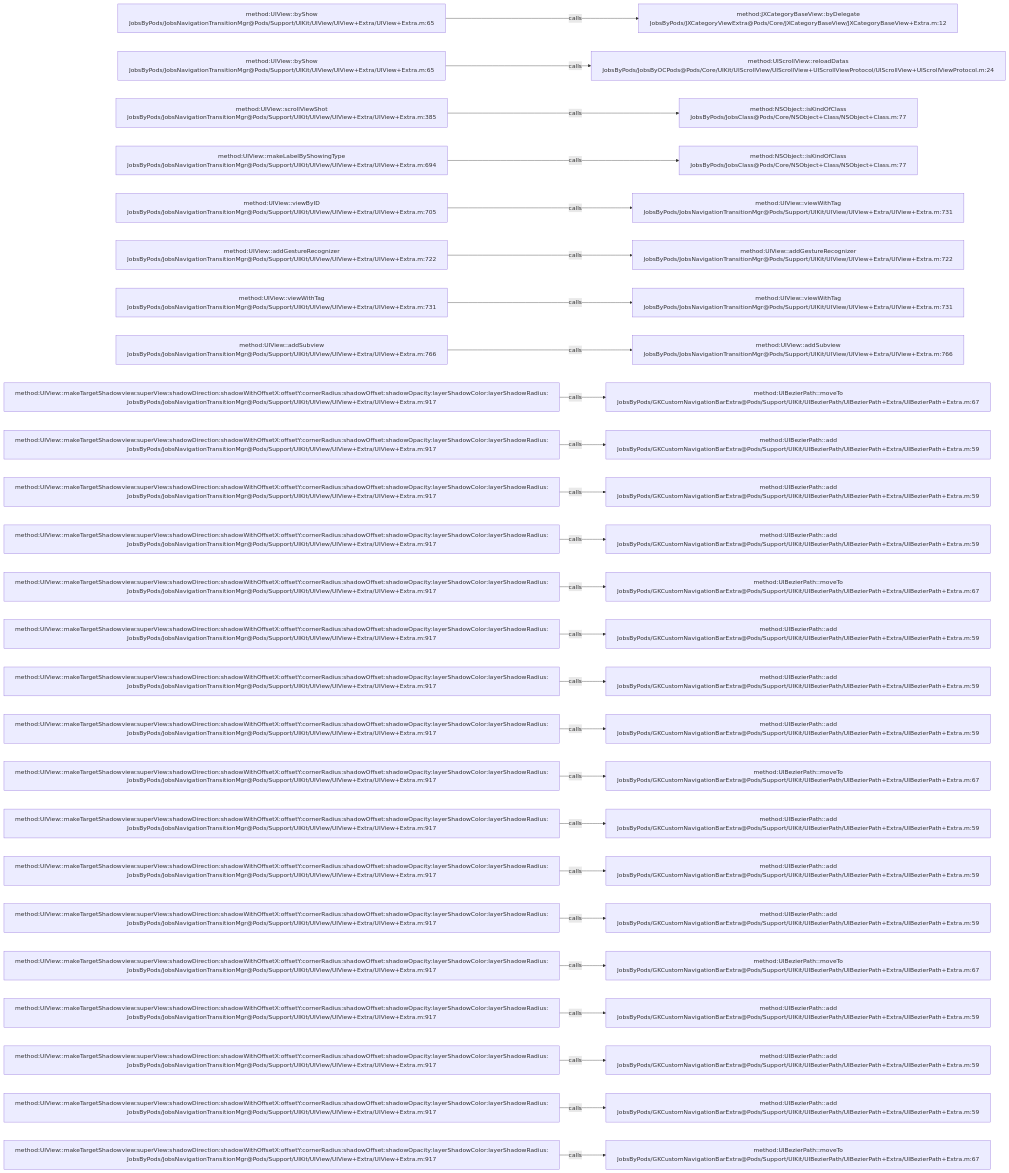
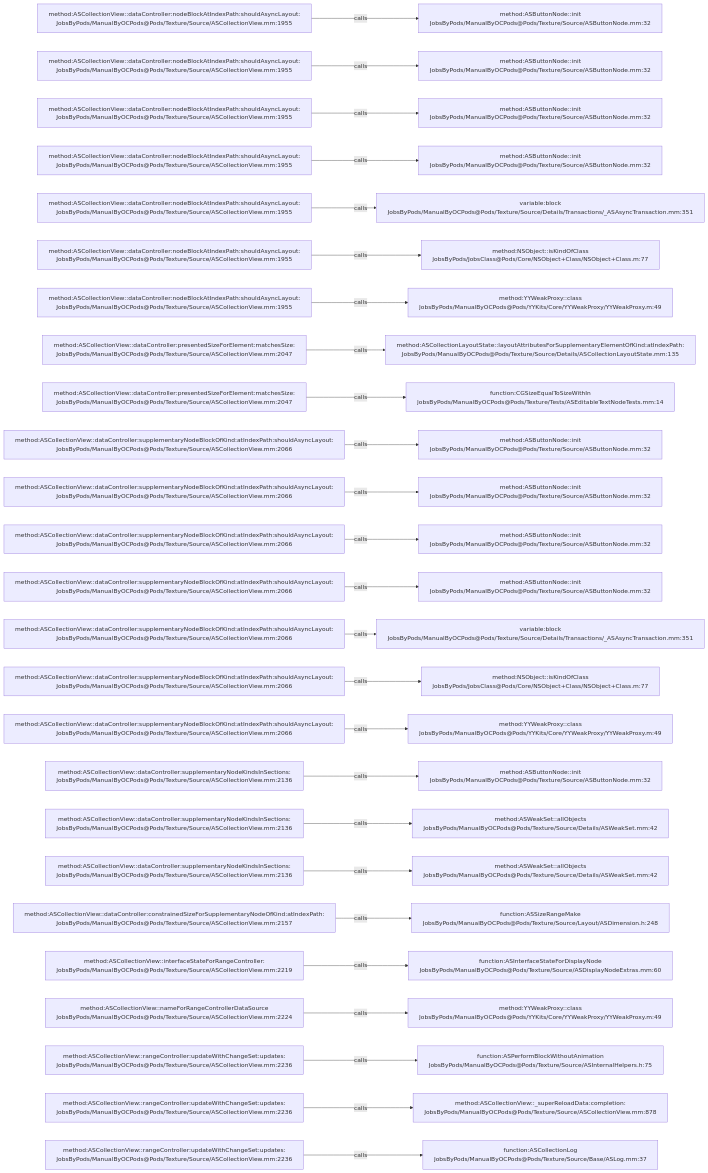
Before and after one commit to JobsKits/JobsOCBaseConfigDemo: the diagram in .codegraph/codegraph.md/graphs/calls-091.md, drawn with Mermaid. The commit also changed 2162 other files, not shown here.

````diff
--- a/.codegraph/codegraph.md/graphs/calls-091.md
+++ b/.codegraph/codegraph.md/graphs/calls-091.md
@@ -13,78 +13,78 @@
 ```mermaid
 flowchart LR
-  S1["method:UIView::byShow<br/>JobsByPods/JobsNavigationTransitionMgr@Pods/Support/UIKit/UIView/UIView+Extra/UIView+Extra.m:65"]
-  T1["method:JXCategoryBaseView::byDelegate<br/>JobsByPods/JXCategoryViewExtra@Pods/Core/JXCategoryBaseView/JXCategoryBaseView+Extra.m:12"]
+  S1["method:ASCollectionView::dataController:nodeBlockAtIndexPath:shouldAsyncLayout:<br/>JobsByPods/ManualByOCPods@Pods/Texture/Source/ASCollectionView.mm:1955"]
+  T1["method:ASButtonNode::init<br/>JobsByPods/ManualByOCPods@Pods/Texture/Source/ASButtonNode.mm:32"]
   S1 -->|calls| T1
-  S2["method:UIView::byShow<br/>JobsByPods/JobsNavigationTransitionMgr@Pods/Support/UIKit/UIView/UIView+Extra/UIView+Extra.m:65"]
-  T2["method:UIScrollView::reloadDatas<br/>JobsByPods/JobsByOCPods@Pods/Core/UIKit/UIScrollView/UIScrollView+UIScrollViewProtocol/UIScrollView+UIScrollViewProtocol.m:24"]
+  S2["method:ASCollectionView::dataController:nodeBlockAtIndexPath:shouldAsyncLayout:<br/>JobsByPods/ManualByOCPods@Pods/Texture/Source/ASCollectionView.mm:1955"]
+  T2["method:ASButtonNode::init<br/>JobsByPods/ManualByOCPods@Pods/Texture/Source/ASButtonNode.mm:32"]
   S2 -->|calls| T2
-  S3["method:UIView::scrollViewShot<br/>JobsByPods/JobsNavigationTransitionMgr@Pods/Support/UIKit/UIView/UIView+Extra/UIView+Extra.m:385"]
-  T3["method:NSObject::isKindOfClass<br/>JobsByPods/JobsClass@Pods/Core/NSObject+Class/NSObject+Class.m:77"]
+  S3["method:ASCollectionView::dataController:nodeBlockAtIndexPath:shouldAsyncLayout:<br/>JobsByPods/ManualByOCPods@Pods/Texture/Source/ASCollectionView.mm:1955"]
+  T3["method:ASButtonNode::init<br/>JobsByPods/ManualByOCPods@Pods/Texture/Source/ASButtonNode.mm:32"]
   S3 -->|calls| T3
-  S4["method:UIView::makeLabelByShowingType<br/>JobsByPods/JobsNavigationTransitionMgr@Pods/Support/UIKit/UIView/UIView+Extra/UIView+Extra.m:694"]
-  T4["method:NSObject::isKindOfClass<br/>JobsByPods/JobsClass@Pods/Core/NSObject+Class/NSObject+Class.m:77"]
+  S4["method:ASCollectionView::dataController:nodeBlockAtIndexPath:shouldAsyncLayout:<br/>JobsByPods/ManualByOCPods@Pods/Texture/Source/ASCollectionView.mm:1955"]
+  T4["method:ASButtonNode::init<br/>JobsByPods/ManualByOCPods@Pods/Texture/Source/ASButtonNode.mm:32"]
   S4 -->|calls| T4
-  S5["method:UIView::viewByID<br/>JobsByPods/JobsNavigationTransitionMgr@Pods/Support/UIKit/UIView/UIView+Extra/UIView+Extra.m:705"]
-  T5["method:UIView::viewWithTag<br/>JobsByPods/JobsNavigationTransitionMgr@Pods/Support/UIKit/UIView/UIView+Extra/UIView+Extra.m:731"]
+  S5["method:ASCollectionView::dataController:nodeBlockAtIndexPath:shouldAsyncLayout:<br/>JobsByPods/ManualByOCPods@Pods/Texture/Source/ASCollectionView.mm:1955"]
+  T5["variable:block<br/>JobsByPods/ManualByOCPods@Pods/Texture/Source/Details/Transactions/_ASAsyncTransaction.mm:351"]
   S5 -->|calls| T5
-  S6["method:UIView::addGestureRecognizer<br/>JobsByPods/JobsNavigationTransitionMgr@Pods/Support/UIKit/UIView/UIView+Extra/UIView+Extra.m:722"]
-  T6["method:UIView::addGestureRecognizer<br/>JobsByPods/JobsNavigationTransitionMgr@Pods/Support/UIKit/UIView/UIView+Extra/UIView+Extra.m:722"]
+  S6["method:ASCollectionView::dataController:nodeBlockAtIndexPath:shouldAsyncLayout:<br/>JobsByPods/ManualByOCPods@Pods/Texture/Source/ASCollectionView.mm:1955"]
+  T6["method:NSObject::isKindOfClass<br/>JobsByPods/JobsClass@Pods/Core/NSObject+Class/NSObject+Class.m:77"]
   S6 -->|calls| T6
-  S7["method:UIView::viewWithTag<br/>JobsByPods/JobsNavigationTransitionMgr@Pods/Support/UIKit/UIView/UIView+Extra/UIView+Extra.m:731"]
-  T7["method:UIView::viewWithTag<br/>JobsByPods/JobsNavigationTransitionMgr@Pods/Support/UIKit/UIView/UIView+Extra/UIView+Extra.m:731"]
+  S7["method:ASCollectionView::dataController:nodeBlockAtIndexPath:shouldAsyncLayout:<br/>JobsByPods/ManualByOCPods@Pods/Texture/Source/ASCollectionView.mm:1955"]
+  T7["method:YYWeakProxy::class<br/>JobsByPods/ManualByOCPods@Pods/YYKits/Core/YYWeakProxy/YYWeakProxy.m:49"]
   S7 -->|calls| T7
-  S8["method:UIView::addSubview<br/>JobsByPods/JobsNavigationTransitionMgr@Pods/Support/UIKit/UIView/UIView+Extra/UIView+Extra.m:766"]
-  T8["method:UIView::addSubview<br/>JobsByPods/JobsNavigationTransitionMgr@Pods/Support/UIKit/UIView/UIView+Extra/UIView+Extra.m:766"]
+  S8["method:ASCollectionView::dataController:presentedSizeForElement:matchesSize:<br/>JobsByPods/ManualByOCPods@Pods/Texture/Source/ASCollectionView.mm:2047"]
+  T8["method:ASCollectionLayoutState::layoutAttributesForSupplementaryElementOfKind:atIndexPath:<br/>JobsByPods/ManualByOCPods@Pods/Texture/Source/Details/ASCollectionLayoutState.mm:135"]
   S8 -->|calls| T8
-  S9["method:UIView::makeTargetShadowview:superView:shadowDirection:shadowWithOffsetX:offsetY:cornerRadius:shadowOffset:shadowOpacity:layerShadowColor:layerShadowRadius:<br/>JobsByPods/JobsNavigationTransitionMgr@Pods/Support/UIKit/UIView/UIView+Extra/UIView+Extra.m:917"]
-  T9["method:UIBezierPath::moveTo<br/>JobsByPods/GKCustomNavigationBarExtra@Pods/Support/UIKit/UIBezierPath/UIBezierPath+Extra/UIBezierPath+Extra.m:67"]
+  S9["method:ASCollectionView::dataController:presentedSizeForElement:matchesSize:<br/>JobsByPods/ManualByOCPods@Pods/Texture/Source/ASCollectionView.mm:2047"]
+  T9["function:CGSizeEqualToSizeWithIn<br/>JobsByPods/ManualByOCPods@Pods/Texture/Tests/ASEditableTextNodeTests.mm:14"]
   S9 -->|calls| T9
-  S10["method:UIView::makeTargetShadowview:superView:shadowDirection:shadowWithOffsetX:offsetY:cornerRadius:shadowOffset:shadowOpacity:layerShadowColor:layerShadowRadius:<br/>JobsByPods/JobsNavigationTransitionMgr@Pods/Support/UIKit/UIView/UIView+Extra/UIView+Extra.m:917"]
-  T10["method:UIBezierPath::add<br/>JobsByPods/GKCustomNavigationBarExtra@Pods/Support/UIKit/UIBezierPath/UIBezierPath+Extra/UIBezierPath+Extra.m:59"]
+  S10["method:ASCollectionView::dataController:supplementaryNodeBlockOfKind:atIndexPath:shouldAsyncLayout:<br/>JobsByPods/ManualByOCPods@Pods/Texture/Source/ASCollectionView.mm:2066"]
+  T10["method:ASButtonNode::init<br/>JobsByPods/ManualByOCPods@Pods/Texture/Source/ASButtonNode.mm:32"]
   S10 -->|calls| T10
-  S11["method:UIView::makeTargetShadowview:superView:shadowDirection:shadowWithOffsetX:offsetY:cornerRadius:shadowOffset:shadowOpacity:layerShadowColor:layerShadowRadius:<br/>JobsByPods/JobsNavigationTransitionMgr@Pods/Support/UIKit/UIView/UIView+Extra/UIView+Extra.m:917"]
-  T11["method:UIBezierPath::add<br/>JobsByPods/GKCustomNavigationBarExtra@Pods/Support/UIKit/UIBezierPath/UIBezierPath+Extra/UIBezierPath+Extra.m:59"]
+  S11["method:ASCollectionView::dataController:supplementaryNodeBlockOfKind:atIndexPath:shouldAsyncLayout:<br/>JobsByPods/ManualByOCPods@Pods/Texture/Source/ASCollectionView.mm:2066"]
+  T11["method:ASButtonNode::init<br/>JobsByPods/ManualByOCPods@Pods/Texture/Source/ASButtonNode.mm:32"]
   S11 -->|calls| T11
-  S12["method:UIView::makeTargetShadowview:superView:shadowDirection:shadowWithOffsetX:offsetY:cornerRadius:shadowOffset:shadowOpacity:layerShadowColor:layerShadowRadius:<br/>JobsByPods/JobsNavigationTransitionMgr@Pods/Support/UIKit/UIView/UIView+Extra/UIView+Extra.m:917"]
-  T12["method:UIBezierPath::add<br/>JobsByPods/GKCustomNavigationBarExtra@Pods/Support/UIKit/UIBezierPath/UIBezierPath+Extra/UIBezierPath+Extra.m:59"]
+  S12["method:ASCollectionView::dataController:supplementaryNodeBlockOfKind:atIndexPath:shouldAsyncLayout:<br/>JobsByPods/ManualByOCPods@Pods/Texture/Source/ASCollectionView.mm:2066"]
+  T12["method:ASButtonNode::init<br/>JobsByPods/ManualByOCPods@Pods/Texture/Source/ASButtonNode.mm:32"]
   S12 -->|calls| T12
-  S13["method:UIView::makeTargetShadowview:superView:shadowDirection:shadowWithOffsetX:offsetY:cornerRadius:shadowOffset:shadowOpacity:layerShadowColor:layerShadowRadius:<br/>JobsByPods/JobsNavigationTransitionMgr@Pods/Support/UIKit/UIView/UIView+Extra/UIView+Extra.m:917"]
-  T13["method:UIBezierPath::moveTo<br/>JobsByPods/GKCustomNavigationBarExtra@Pods/Support/UIKit/UIBezierPath/UIBezierPath+Extra/UIBezierPath+Extra.m:67"]
+  S13["method:ASCollectionView::dataController:supplementaryNodeBlockOfKind:atIndexPath:shouldAsyncLayout:<br/>JobsByPods/ManualByOCPods@Pods/Texture/Source/ASCollectionView.mm:2066"]
+  T13["method:ASButtonNode::init<br/>JobsByPods/ManualByOCPods@Pods/Texture/Source/ASButtonNode.mm:32"]
   S13 -->|calls| T13
-  S14["method:UIView::makeTargetShadowview:superView:shadowDirection:shadowWithOffsetX:offsetY:cornerRadius:shadowOffset:shadowOpacity:layerShadowColor:layerShadowRadius:<br/>JobsByPods/JobsNavigationTransitionMgr@Pods/Support/UIKit/UIView/UIView+Extra/UIView+Extra.m:917"]
-  T14["method:UIBezierPath::add<br/>JobsByPods/GKCustomNavigationBarExtra@Pods/Support/UIKit/UIBezierPath/UIBezierPath+Extra/UIBezierPath+Extra.m:59"]
+  S14["method:ASCollectionView::dataController:supplementaryNodeBlockOfKind:atIndexPath:shouldAsyncLayout:<br/>JobsByPods/ManualByOCPods@Pods/Texture/Source/ASCollectionView.mm:2066"]
+  T14["variable:block<br/>JobsByPods/ManualByOCPods@Pods/Texture/Source/Details/Transactions/_ASAsyncTransaction.mm:351"]
   S14 -->|calls| T14
-  S15["method:UIView::makeTargetShadowview:superView:shadowDirection:shadowWithOffsetX:offsetY:cornerRadius:shadowOffset:shadowOpacity:layerShadowColor:layerShadowRadius:<br/>JobsByPods/JobsNavigationTransitionMgr@Pods/Support/UIKit/UIView/UIView+Extra/UIView+Extra.m:917"]
-  T15["method:UIBezierPath::add<br/>JobsByPods/GKCustomNavigationBarExtra@Pods/Support/UIKit/UIBezierPath/UIBezierPath+Extra/UIBezierPath+Extra.m:59"]
+  S15["method:ASCollectionView::dataController:supplementaryNodeBlockOfKind:atIndexPath:shouldAsyncLayout:<br/>JobsByPods/ManualByOCPods@Pods/Texture/Source/ASCollectionView.mm:2066"]
+  T15["method:NSObject::isKindOfClass<br/>JobsByPods/JobsClass@Pods/Core/NSObject+Class/NSObject+Class.m:77"]
   S15 -->|calls| T15
-  S16["method:UIView::makeTargetShadowview:superView:shadowDirection:shadowWithOffsetX:offsetY:cornerRadius:shadowOffset:shadowOpacity:layerShadowColor:layerShadowRadius:<br/>JobsByPods/JobsNavigationTransitionMgr@Pods/Support/UIKit/UIView/UIView+Extra/UIView+Extra.m:917"]
-  T16["method:UIBezierPath::add<br/>JobsByPods/GKCustomNavigationBarExtra@Pods/Support/UIKit/UIBezierPath/UIBezierPath+Extra/UIBezierPath+Extra.m:59"]
+  S16["method:ASCollectionView::dataController:supplementaryNodeBlockOfKind:atIndexPath:shouldAsyncLayout:<br/>JobsByPods/ManualByOCPods@Pods/Texture/Source/ASCollectionView.mm:2066"]
+  T16["method:YYWeakProxy::class<br/>JobsByPods/ManualByOCPods@Pods/YYKits/Core/YYWeakProxy/YYWeakProxy.m:49"]
   S16 -->|calls| T16
-  S17["method:UIView::makeTargetShadowview:superView:shadowDirection:shadowWithOffsetX:offsetY:cornerRadius:shadowOffset:shadowOpacity:layerShadowColor:layerShadowRadius:<br/>JobsByPods/JobsNavigationTransitionMgr@Pods/Support/UIKit/UIView/UIView+Extra/UIView+Extra.m:917"]
-  T17["method:UIBezierPath::moveTo<br/>JobsByPods/GKCustomNavigationBarExtra@Pods/Support/UIKit/UIBezierPath/UIBezierPath+Extra/UIBezierPath+Extra.m:67"]
+  S17["method:ASCollectionView::dataController:supplementaryNodeKindsInSections:<br/>JobsByPods/ManualByOCPods@Pods/Texture/Source/ASCollectionView.mm:2136"]
+  T17["method:ASButtonNode::init<br/>JobsByPods/ManualByOCPods@Pods/Texture/Source/ASButtonNode.mm:32"]
   S17 -->|calls| T17
-  S18["method:UIView::makeTargetShadowview:superView:shadowDirection:shadowWithOffsetX:offsetY:cornerRadius:shadowOffset:shadowOpacity:layerShadowColor:layerShadowRadius:<br/>JobsByPods/JobsNavigationTransitionMgr@Pods/Support/UIKit/UIView/UIView+Extra/UIView+Extra.m:917"]
-  T18["method:UIBezierPath::add<br/>JobsByPods/GKCustomNavigationBarExtra@Pods/Support/UIKit/UIBezierPath/UIBezierPath+Extra/UIBezierPath+Extra.m:59"]
+  S18["method:ASCollectionView::dataController:supplementaryNodeKindsInSections:<br/>JobsByPods/ManualByOCPods@Pods/Texture/Source/ASCollectionView.mm:2136"]
+  T18["method:ASWeakSet::allObjects<br/>JobsByPods/ManualByOCPods@Pods/Texture/Source/Details/ASWeakSet.mm:42"]
   S18 -->|calls| T18
-  S19["method:UIView::makeTargetShadowview:superView:shadowDirection:shadowWithOffsetX:offsetY:cornerRadius:shadowOffset:shadowOpacity:layerShadowColor:layerShadowRadius:<br/>JobsByPods/JobsNavigationTransitionMgr@Pods/Support/UIKit/UIView/UIView+Extra/UIView+Extra.m:917"]
-  T19["method:UIBezierPath::add<br/>JobsByPods/GKCustomNavigationBarExtra@Pods/Support/UIKit/UIBezierPath/UIBezierPath+Extra/UIBezierPath+Extra.m:59"]
+  S19["method:ASCollectionView::dataController:supplementaryNodeKindsInSections:<br/>JobsByPods/ManualByOCPods@Pods/Texture/Source/ASCollectionView.mm:2136"]
+  T19["method:ASWeakSet::allObjects<br/>JobsByPods/ManualByOCPods@Pods/Texture/Source/Details/ASWeakSet.mm:42"]
   S19 -->|calls| T19
-  S20["method:UIView::makeTargetShadowview:superView:shadowDirection:shadowWithOffsetX:offsetY:cornerRadius:shadowOffset:shadowOpacity:layerShadowColor:layerShadowRadius:<br/>JobsByPods/JobsNavigationTransitionMgr@Pods/Support/UIKit/UIView/UIView+Extra/UIView+Extra.m:917"]
-  T20["method:UIBezierPath::add<br/>JobsByPods/GKCustomNavigationBarExtra@Pods/Support/UIKit/UIBezierPath/UIBezierPath+Extra/UIBezierPath+Extra.m:59"]
+  S20["method:ASCollectionView::dataController:constrainedSizeForSupplementaryNodeOfKind:atIndexPath:<br/>JobsByPods/ManualByOCPods@Pods/Texture/Source/ASCollectionView.mm:2157"]
+  T20["function:ASSizeRangeMake<br/>JobsByPods/ManualByOCPods@Pods/Texture/Source/Layout/ASDimension.h:248"]
   S20 -->|calls| T20
-  S21["method:UIView::makeTargetShadowview:superView:shadowDirection:shadowWithOffsetX:offsetY:cornerRadius:shadowOffset:shadowOpacity:layerShadowColor:layerShadowRadius:<br/>JobsByPods/JobsNavigationTransitionMgr@Pods/Support/UIKit/UIView/UIView+Extra/UIView+Extra.m:917"]
-  T21["method:UIBezierPath::moveTo<br/>JobsByPods/GKCustomNavigationBarExtra@Pods/Support/UIKit/UIBezierPath/UIBezierPath+Extra/UIBezierPath+Extra.m:67"]
+  S21["method:ASCollectionView::interfaceStateForRangeController:<br/>JobsByPods/ManualByOCPods@Pods/Texture/Source/ASCollectionView.mm:2219"]
+  T21["function:ASInterfaceStateForDisplayNode<br/>JobsByPods/ManualByOCPods@Pods/Texture/Source/ASDisplayNodeExtras.mm:60"]
   S21 -->|calls| T21
-  S22["method:UIView::makeTargetShadowview:superView:shadowDirection:shadowWithOffsetX:offsetY:cornerRadius:shadowOffset:shadowOpacity:layerShadowColor:layerShadowRadius:<br/>JobsByPods/JobsNavigationTransitionMgr@Pods/Support/UIKit/UIView/UIView+Extra/UIView+Extra.m:917"]
-  T22["method:UIBezierPath::add<br/>JobsByPods/GKCustomNavigationBarExtra@Pods/Support/UIKit/UIBezierPath/UIBezierPath+Extra/UIBezierPath+Extra.m:59"]
+  S22["method:ASCollectionView::nameForRangeControllerDataSource<br/>JobsByPods/ManualByOCPods@Pods/Texture/Source/ASCollectionView.mm:2224"]
+  T22["method:YYWeakProxy::class<br/>JobsByPods/ManualByOCPods@Pods/YYKits/Core/YYWeakProxy/YYWeakProxy.m:49"]
   S22 -->|calls| T22
-  S23["method:UIView::makeTargetShadowview:superView:shadowDirection:shadowWithOffsetX:offsetY:cornerRadius:shadowOffset:shadowOpacity:layerShadowColor:layerShadowRadius:<br/>JobsByPods/JobsNavigationTransitionMgr@Pods/Support/UIKit/UIView/UIView+Extra/UIView+Extra.m:917"]
-  T23["method:UIBezierPath::add<br/>JobsByPods/GKCustomNavigationBarExtra@Pods/Support/UIKit/UIBezierPath/UIBezierPath+Extra/UIBezierPath+Extra.m:59"]
+  S23["method:ASCollectionView::rangeController:updateWithChangeSet:updates:<br/>JobsByPods/ManualByOCPods@Pods/Texture/Source/ASCollectionView.mm:2236"]
+  T23["function:ASPerformBlockWithoutAnimation<br/>JobsByPods/ManualByOCPods@Pods/Texture/Source/ASInternalHelpers.h:75"]
   S23 -->|calls| T23
-  S24["method:UIView::makeTargetShadowview:superView:shadowDirection:shadowWithOffsetX:offsetY:cornerRadius:shadowOffset:shadowOpacity:layerShadowColor:layerShadowRadius:<br/>JobsByPods/JobsNavigationTransitionMgr@Pods/Support/UIKit/UIView/UIView+Extra/UIView+Extra.m:917"]
-  T24["method:UIBezierPath::add<br/>JobsByPods/GKCustomNavigationBarExtra@Pods/Support/UIKit/UIBezierPath/UIBezierPath+Extra/UIBezierPath+Extra.m:59"]
+  S24["method:ASCollectionView::rangeController:updateWithChangeSet:updates:<br/>JobsByPods/ManualByOCPods@Pods/Texture/Source/ASCollectionView.mm:2236"]
+  T24["method:ASCollectionView::_superReloadData:completion:<br/>JobsByPods/ManualByOCPods@Pods/Texture/Source/ASCollectionView.mm:878"]
   S24 -->|calls| T24
-  S25["method:UIView::makeTargetShadowview:superView:shadowDirection:shadowWithOffsetX:offsetY:cornerRadius:shadowOffset:shadowOpacity:layerShadowColor:layerShadowRadius:<br/>JobsByPods/JobsNavigationTransitionMgr@Pods/Support/UIKit/UIView/UIView+Extra/UIView+Extra.m:917"]
-  T25["method:UIBezierPath::moveTo<br/>JobsByPods/GKCustomNavigationBarExtra@Pods/Support/UIKit/UIBezierPath/UIBezierPath+Extra/UIBezierPath+Extra.m:67"]
+  S25["method:ASCollectionView::rangeController:updateWithChangeSet:updates:<br/>JobsByPods/ManualByOCPods@Pods/Texture/Source/ASCollectionView.mm:2236"]
+  T25["function:ASCollectionLog<br/>JobsByPods/ManualByOCPods@Pods/Texture/Source/Base/ASLog.mm:37"]
   S25 -->|calls| T25
 ```
````
